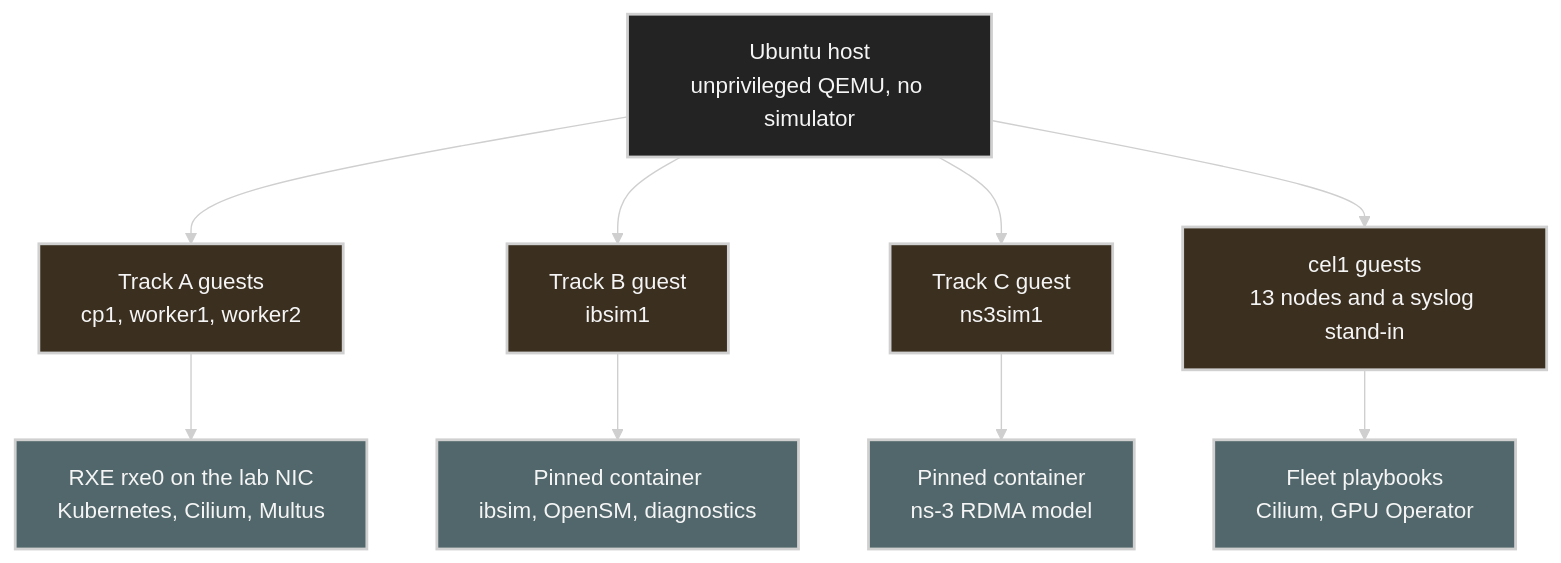
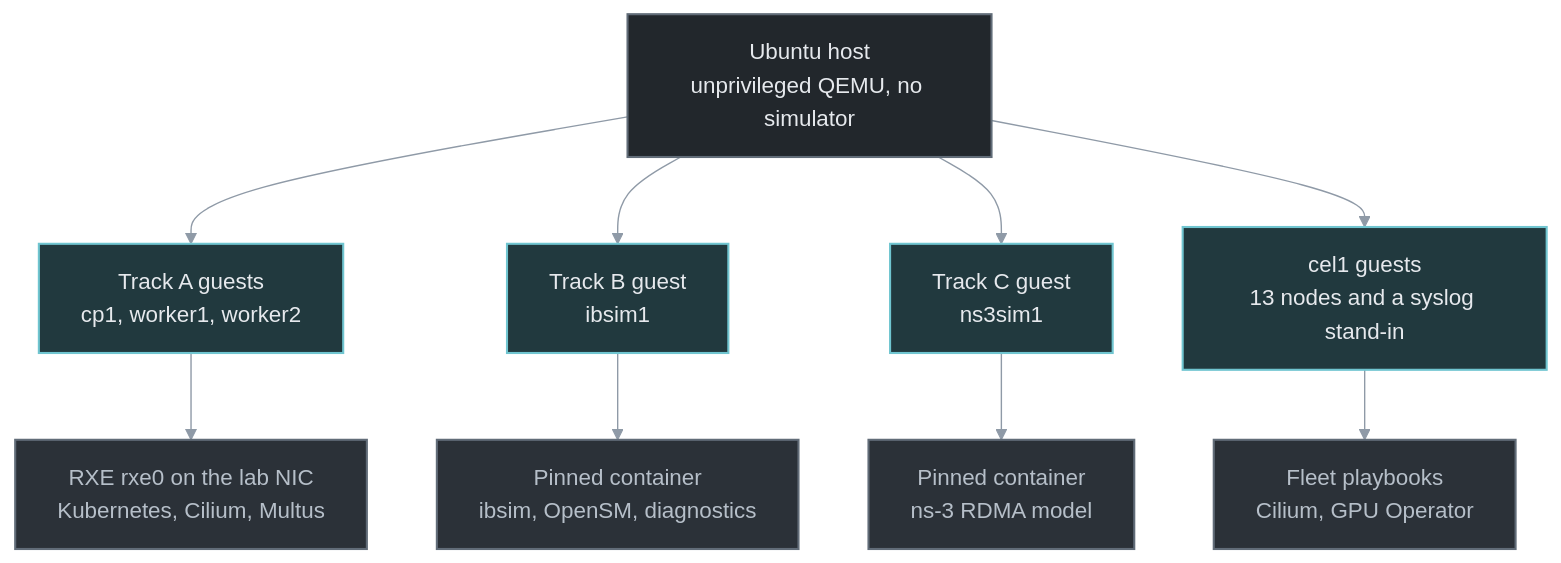
The diagram in .site/src/content/docs/start/index.mdx (ziwon/rdma-fabric-lab), drawn with Mermaid before and after one commit. The commit also changed 26 other files, not shown here.

````diff
--- a/.site/src/content/docs/start/index.mdx
+++ b/.site/src/content/docs/start/index.mdx
@@ -14,20 +14,20 @@
 ```mermaid
-%%{init: {"theme": "base", "themeVariables": {"background": "#171717", "primaryColor": "#232323", "primaryTextColor": "#f5f5f5", "primaryBorderColor": "#d0d0d0", "lineColor": "#cfcfcf", "fontFamily": "Inter, Arial, sans-serif"}}}%%
+%%{init: {"theme": "base", "themeVariables": {"background": "#1b1f23", "primaryColor": "#22272c", "primaryTextColor": "#e6e9ed", "primaryBorderColor": "#616c78", "lineColor": "#8f9aa7", "fontFamily": "DM Sans, Inter, Arial, sans-serif"}}}%%
 flowchart TB
     H[Ubuntu host<br/>unprivileged QEMU, no simulator]
     H --> A[Track A guests<br/>cp1, worker1, worker2]
     H --> B[Track B guest<br/>ibsim1]
     H --> C[Track C guest<br/>ns3sim1]
     H --> X[cel1 guests<br/>13 nodes and a syslog stand-in]
     A --> A1[RXE rxe0 on the lab NIC<br/>Kubernetes, Cilium, Multus]
     B --> B1[Pinned container<br/>ibsim, OpenSM, diagnostics]
     C --> C1[Pinned container<br/>ns-3 RDMA model]
     X --> X1[Fleet playbooks<br/>Cilium, GPU Operator]
 
-    classDef primary fill:#232323,stroke:#d0d0d0,color:#f5f5f5,stroke-width:2px;
-    classDef secondary fill:#3b2f20,stroke:#d0d0d0,color:#f5f5f5,stroke-width:2px;
-    classDef note fill:#52676b,stroke:#d0d0d0,color:#f5f5f5,stroke-width:2px;
+    classDef primary fill:#22272c,stroke:#616c78,color:#e6e9ed,stroke-width:1.5px;
+    classDef secondary fill:#21393e,stroke:#70c5d0,color:#e6e9ed,stroke-width:1.5px;
+    classDef note fill:#2b3138,stroke:#616c78,color:#b6bfc9,stroke-width:1.5px;
     class H primary
     class A,B,C,X secondary
     class A1,B1,C1,X1 note
 ```
````
